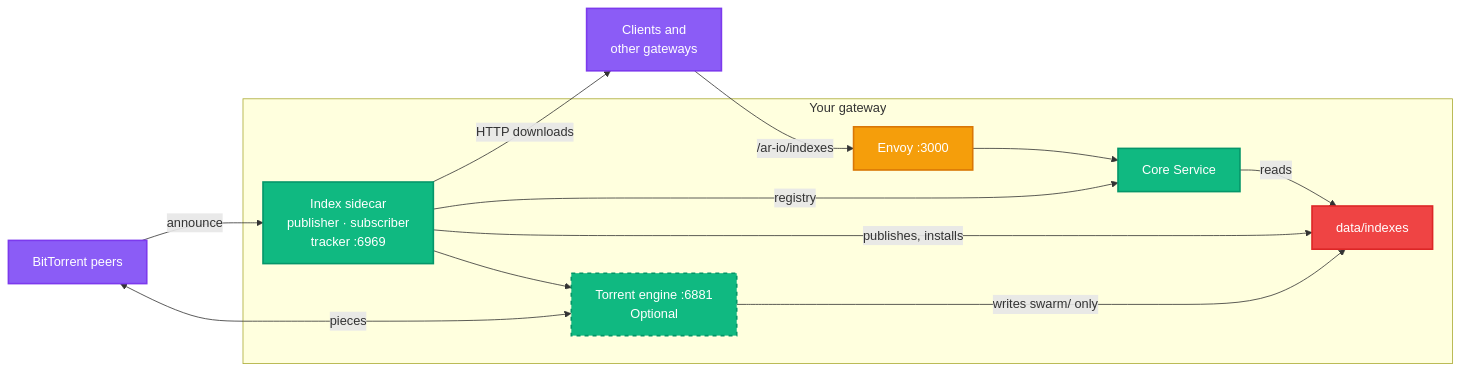
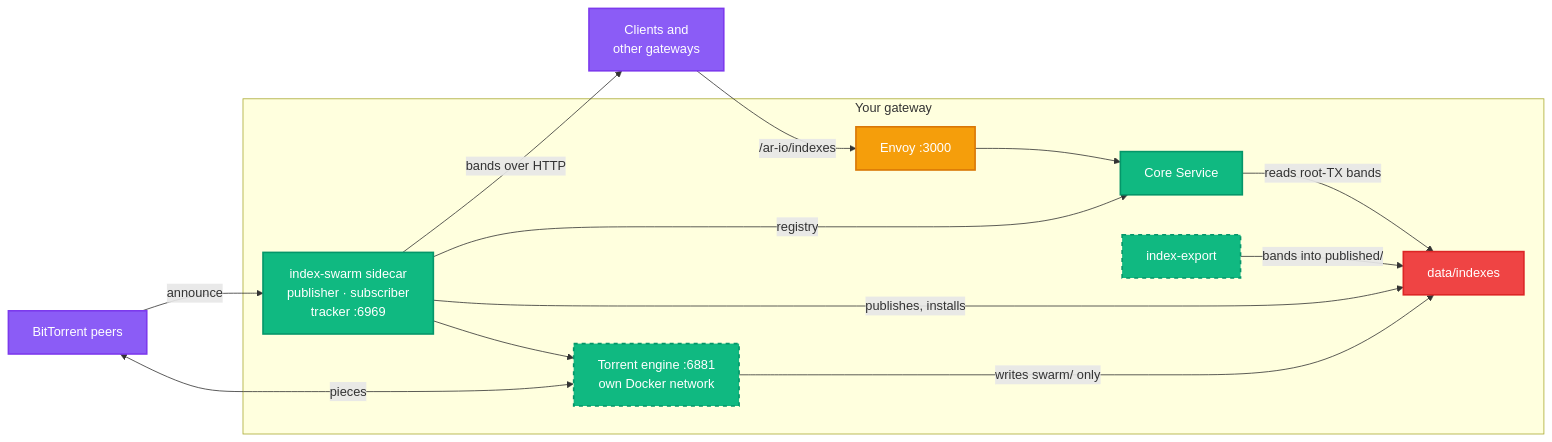
One commit to ar-io/docs changed the first of 2 diagrams in content/build/run-a-gateway/manage/index-sharing.mdx. Above: the diagram before and after it, drawn with Mermaid. The commit also changed other lines of this file and 25 other files, not shown here.

First line of the commit message:
docs(gateway): Index Sharing, index-export and operator guides pass (#184)

````diff
--- a/content/build/run-a-gateway/manage/index-sharing.mdx
+++ b/content/build/run-a-gateway/manage/index-sharing.mdx
@@ -42,36 +42,38 @@
 ```mermaid
 graph LR
     NET[Clients and<br/>other gateways]
     PEERS[BitTorrent peers]
 
     subgraph Host ["Your gateway"]
         ENVOY[Envoy :3000]
         CORE[Core Service]
-        SIDE[Index sidecar<br/>publisher · subscriber<br/>tracker :6969]
-        ENG[Torrent engine :6881<br/>Optional]
+        SIDE[index-swarm sidecar<br/>publisher · subscriber<br/>tracker :6969]
+        ENG[Torrent engine :6881<br/>own Docker network]
+        EXP[index-export]
         DIR[data/indexes]
     end
 
     NET -->|/ar-io/indexes| ENVOY
     ENVOY --> CORE
-    CORE -->|reads| DIR
+    CORE -->|reads root-TX bands| DIR
+    EXP -->|bands into published/| DIR
     SIDE -->|publishes, installs| DIR
     SIDE -->|registry| CORE
-    SIDE -->|HTTP downloads| NET
+    SIDE -->|bands over HTTP| NET
     SIDE --> ENG
     ENG -->|writes swarm/ only| DIR
     ENG <-->|pieces| PEERS
     PEERS -->|announce| SIDE
 
     classDef service fill:#10b981,stroke:#059669,stroke-width:2px,color:#fff
     classDef proxy fill:#f59e0b,stroke:#d97706,stroke-width:2px,color:#fff
     classDef external fill:#8b5cf6,stroke:#7c3aed,stroke-width:2px,color:#fff
     classDef storage fill:#ef4444,stroke:#dc2626,stroke-width:2px,color:#fff
     classDef optional fill:#10b981,stroke:#059669,stroke-width:2px,color:#fff,stroke-dasharray: 5 5
 
     class CORE,SIDE service
-    class ENG optional
+    class ENG,EXP optional
     class ENVOY proxy
     class NET,PEERS external
     class DIR storage
 ```
````
